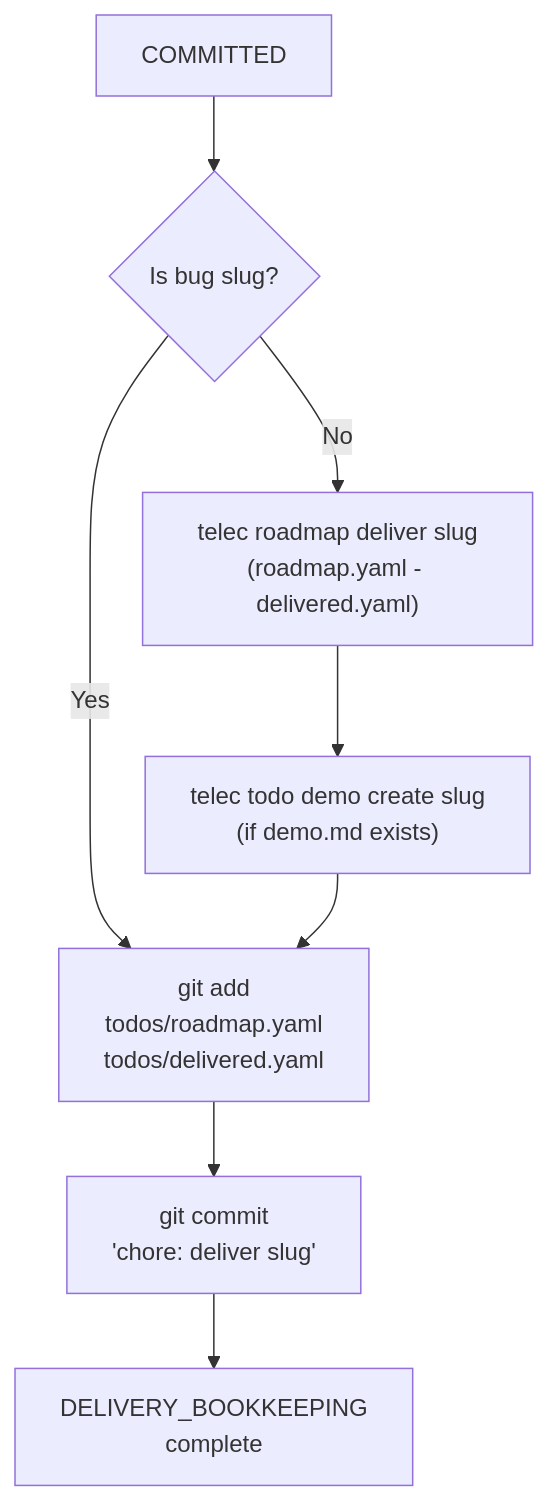
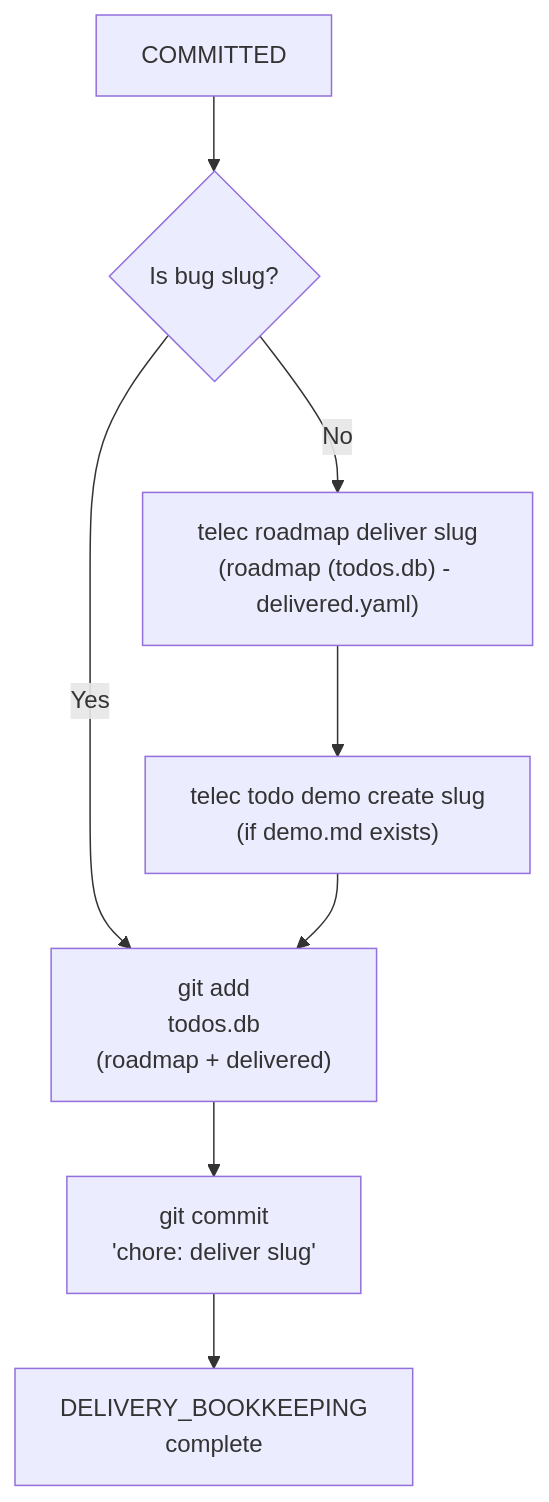
The tenth of 12 diagrams in docs/project/design/architecture/integration-state-machine.md (InstruktAI/TeleClaude), drawn with Mermaid before and after one commit. The commit also changed other lines of this file and 33 other files, not shown here.

````diff
--- a/docs/project/design/architecture/integration-state-machine.md
+++ b/docs/project/design/architecture/integration-state-machine.md
@@ -449,22 +449,22 @@
 ```mermaid
 flowchart TD
     Committed["COMMITTED"]
 
     IsBug{"Is bug slug?"}
 
-    Deliver["telec roadmap deliver slug<br/>(roadmap.yaml - delivered.yaml)"]
+    Deliver["telec roadmap deliver slug<br/>(roadmap (todos.db) - delivered.yaml)"]
     DemoCreate["telec todo demo create slug<br/>(if demo.md exists)"]
 
-    Stage["git add<br/>todos/roadmap.yaml<br/>todos/delivered.yaml"]
+    Stage["git add<br/>todos.db<br/>(roadmap + delivered)"]
     Commit["git commit<br/>'chore: deliver slug'"]
 
     Push["DELIVERY_BOOKKEEPING<br/>complete"]
 
     Committed --> IsBug
     IsBug -->|"No"| Deliver
     IsBug -->|"Yes"| Stage
     Deliver --> DemoCreate
     DemoCreate --> Stage
     Stage --> Commit
     Commit --> Push
 ```
````
